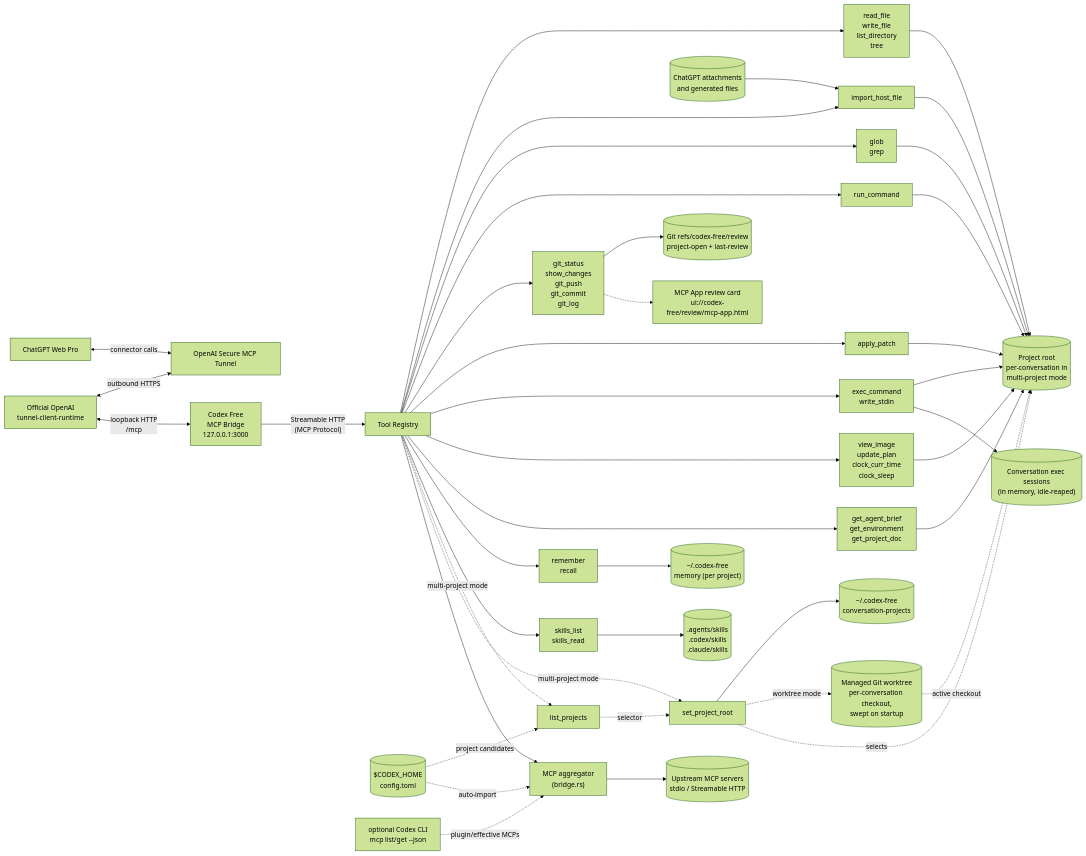
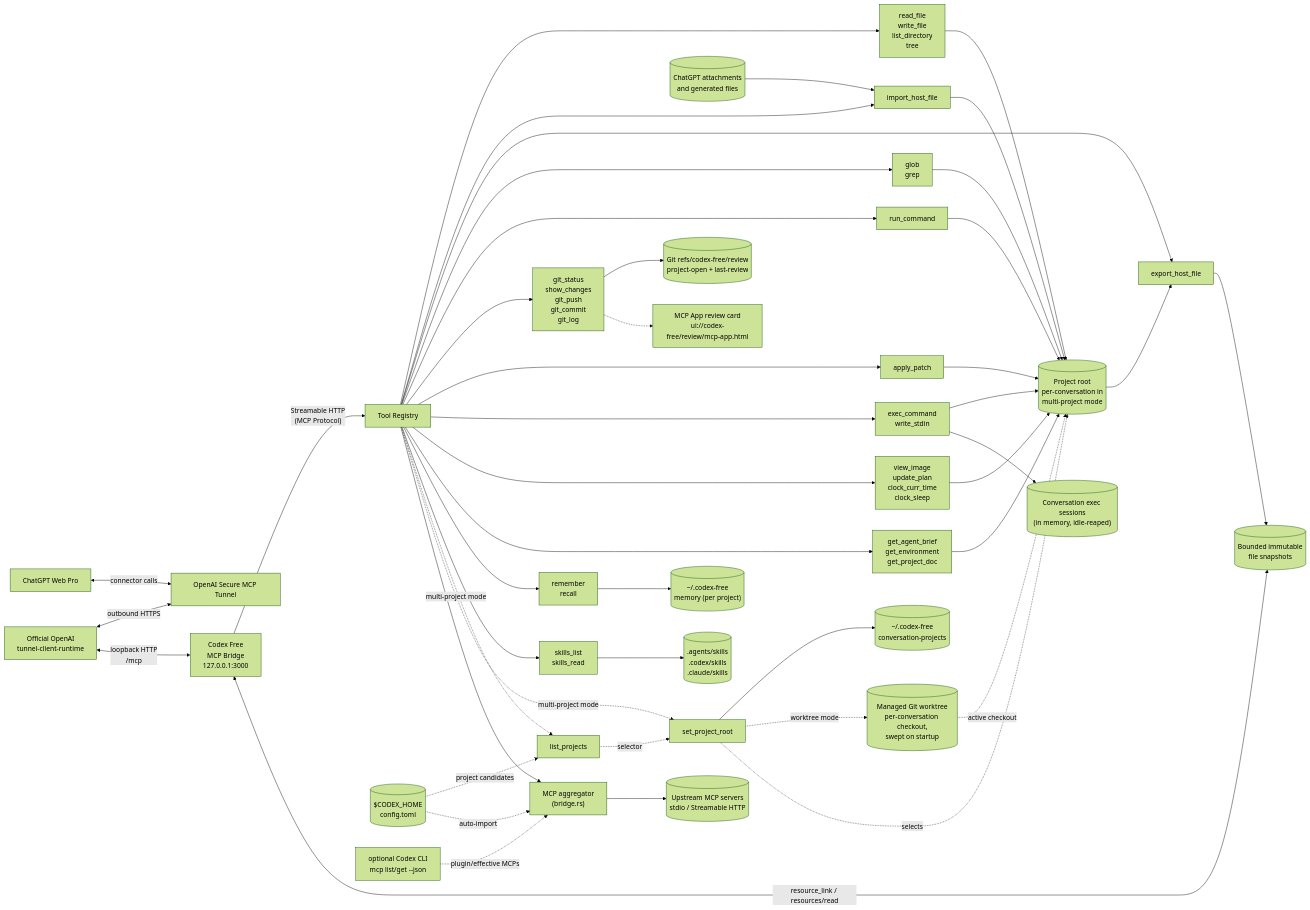
Before and after one commit to devnoname120/codex-free: the diagram in README.md, drawn with Mermaid (forest theme). The commit also changed other lines of this file and 18 other files, not shown here.

```diff
--- a/README.md
+++ b/README.md
@@ -24,6 +24,7 @@
 
     FS["read_file\nwrite_file\nlist_directory\ntree"]
     Ingress["import_host_file"]
+    Egress["export_host_file"]
     Search["glob\ngrep"]
     Shell["run_command"]
     Git["git_status\nshow_changes\ngit_push\ngit_commit\ngit_log"]
@@ -38,6 +39,7 @@
     Bridge["MCP aggregator\n(bridge.rs)"]
     WorkDir[("Project root\nper-conversation in\nmulti-project mode")]
     HostFiles[("ChatGPT attachments\nand generated files")]
+    ArtifactCache[("Bounded immutable\nfile snapshots")]
     State[("~/.codex-free\nmemory (per project)")]
     Bindings[("~/.codex-free\nconversation-projects")]
     Worktree[("Managed Git worktree\nper-conversation checkout,\nswept on startup")]
@@ -56,6 +58,7 @@
 
     Tools --> FS
     Tools --> Ingress
+    Tools --> Egress
     Tools --> Search
     Tools --> Shell
     Tools --> Git
@@ -72,6 +75,9 @@
     FS --> WorkDir
     HostFiles --> Ingress
     Ingress --> WorkDir
+    WorkDir --> Egress
+    Egress --> ArtifactCache
+    Server <-->|"resource_link / resources/read"| ArtifactCache
     Search --> WorkDir
     Shell --> WorkDir
     Edit --> WorkDir
```
